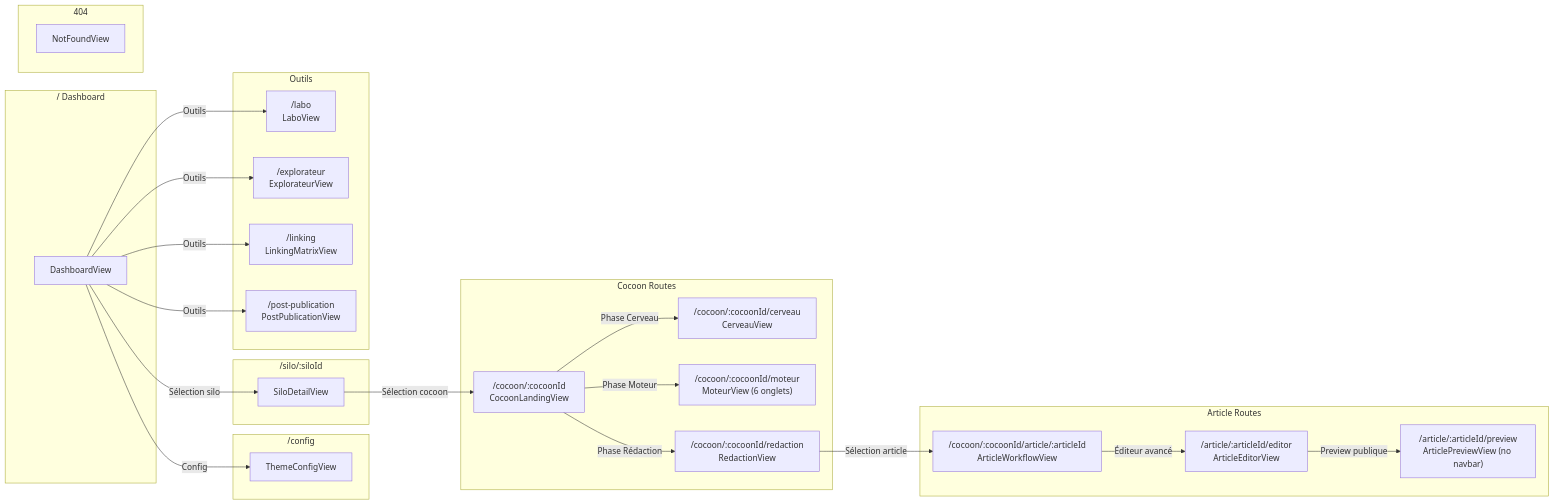
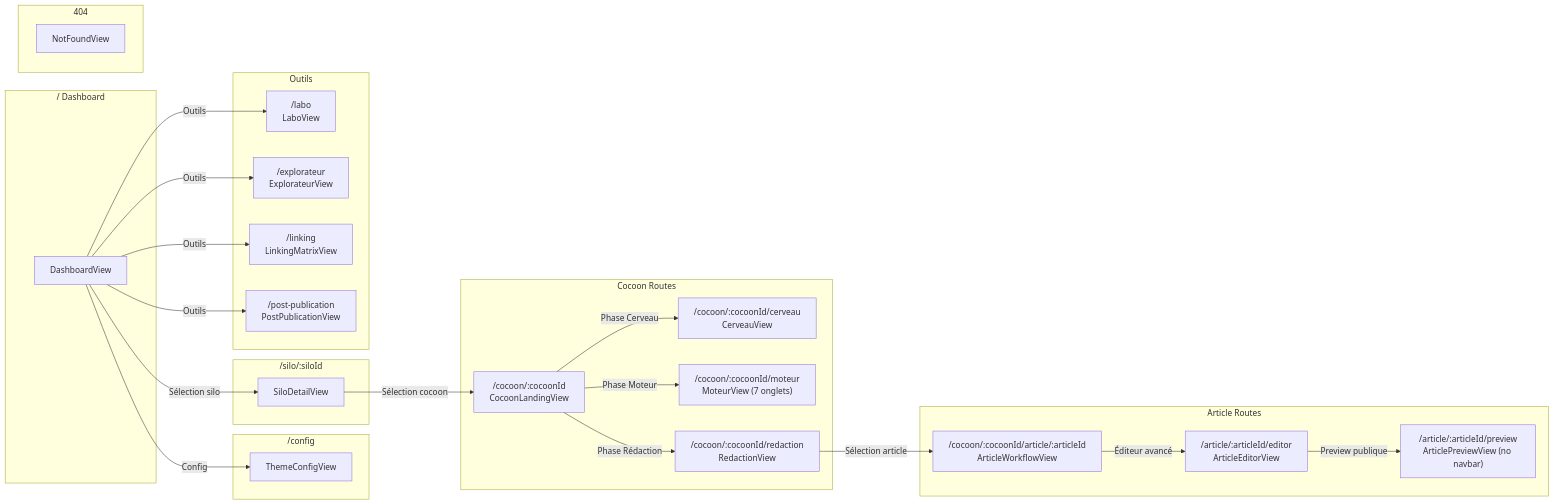
Before and after one commit to annubis-knight/Blog_Redactor_SEO: the second of 25 diagrams in docs/ARCHITECTURE_FLOWS.md, drawn with Mermaid. The commit also changed other lines of this file and 11 other files, not shown here.

````diff
--- a/docs/ARCHITECTURE_FLOWS.md
+++ b/docs/ARCHITECTURE_FLOWS.md
@@ -111,52 +112,52 @@
 ```mermaid
 graph LR
     subgraph Dashboard["/ Dashboard"]
         D[DashboardView]
     end
 
     subgraph Config["/config"]
         TC[ThemeConfigView]
     end
 
     subgraph SiloSub["/silo/:siloId"]
         SD[SiloDetailView]
     end
 
     subgraph Cocoon["Cocoon Routes"]
         CL["/cocoon/:cocoonId<br>CocoonLandingView"]
         CV["/cocoon/:cocoonId/cerveau<br>CerveauView"]
-        MV["/cocoon/:cocoonId/moteur<br>MoteurView (6 onglets)"]
+        MV["/cocoon/:cocoonId/moteur<br>MoteurView (7 onglets)"]
         RV["/cocoon/:cocoonId/redaction<br>RedactionView"]
     end
 
     subgraph Article["Article Routes"]
         AW["/cocoon/:cocoonId/article/:articleId<br>ArticleWorkflowView"]
         AE["/article/:articleId/editor<br>ArticleEditorView"]
         AP["/article/:articleId/preview<br>ArticlePreviewView (no navbar)"]
     end
 
     subgraph Tools["Outils"]
         LB["/labo<br>LaboView"]
         EX["/explorateur<br>ExplorateurView"]
         LK["/linking<br>LinkingMatrixView"]
         PP["/post-publication<br>PostPublicationView"]
     end
 
     subgraph Catch["404"]
         NF["NotFoundView"]
     end
 
     D -->|"Sélection silo"| SD
     D -->|"Config"| TC
     SD -->|"Sélection cocoon"| CL
     CL -->|"Phase Cerveau"| CV
     CL -->|"Phase Moteur"| MV
     CL -->|"Phase Rédaction"| RV
     RV -->|"Sélection article"| AW
     AW -->|"Éditeur avancé"| AE
     AE -->|"Preview publique"| AP
     D -->|"Outils"| LB
     D -->|"Outils"| EX
     D -->|"Outils"| LK
     D -->|"Outils"| PP
 ```
````
